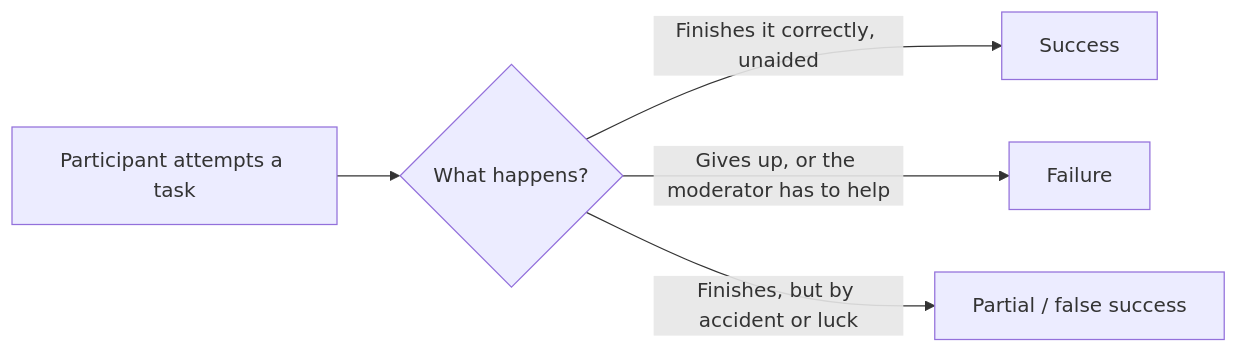
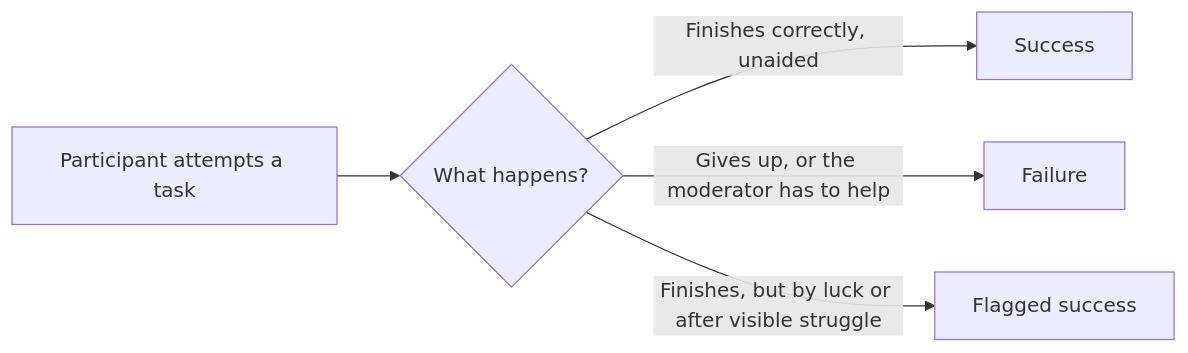
The diagram in src/content/design/usability-testing/L1-summary.mdx (francoandreDev/knowledge), drawn with Mermaid before and after one commit. The commit also changed other lines of this file and 16 other files, not shown here.

````diff
--- a/src/content/design/usability-testing/L1-summary.mdx
+++ b/src/content/design/usability-testing/L1-summary.mdx
@@ -76,7 +85,7 @@
 ```mermaid
 flowchart LR
     T["Participant attempts a task"] --> A{"What happens?"}
-    A -->|"Finishes it correctly, unaided"| S["Success"]
+    A -->|"Finishes correctly, unaided"| S["Success"]
     A -->|"Gives up, or the moderator has to help"| F["Failure"]
-    A -->|"Finishes, but by accident or luck"| P["Partial / false success"]
+    A -->|"Finishes, but by luck or after visible struggle"| P["Flagged success"]
 ```
````
